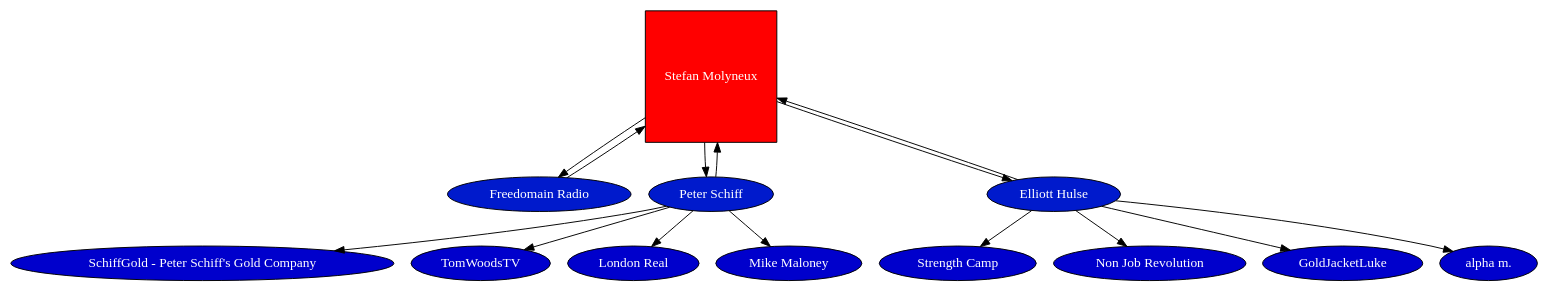
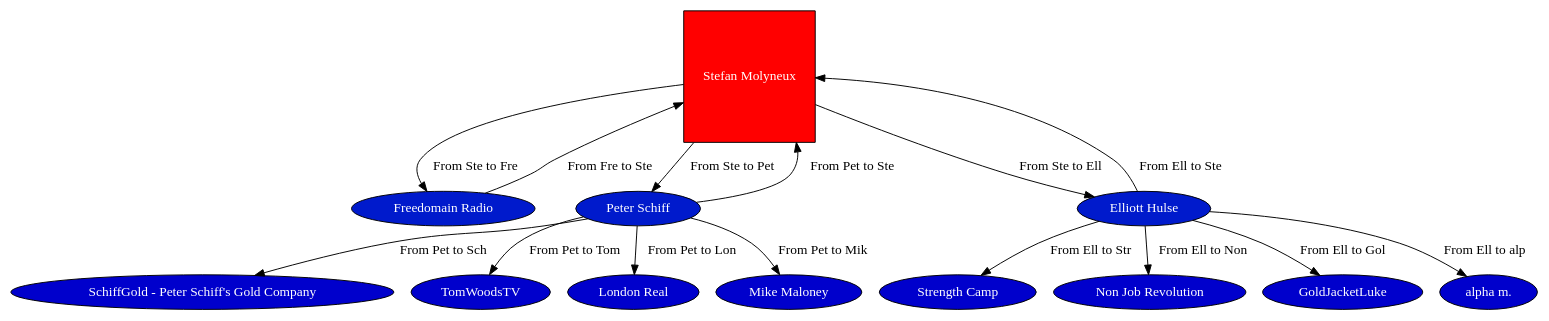
Before and after one commit to poijqwef/graphs: the diagram in graph/graph_output.dot, drawn with Graphviz. The commit also changed 2 other files, not shown here.

```diff
--- a/graph/graph_output.dot
+++ b/graph/graph_output.dot
@@ -1,34 +1,34 @@
 digraph {
 "Stefan Molyneux" [style = filled, fillcolor = "red", shape = "square", fontcolor = white];
-"Stefan Molyneux" -> "Freedomain Radio";
+"Stefan Molyneux" -> "Freedomain Radio" [label = "From Ste to Fre"];
 "Freedomain Radio" [style = filled, fillcolor = "#001acc", shape = "oval", fontcolor = white];
 "Freedomain Radio" [style = filled, fillcolor = "#001acc", shape = "oval", fontcolor = white];
-"Freedomain Radio" -> "Stefan Molyneux";
+"Freedomain Radio" -> "Stefan Molyneux" [label = "From Fre to Ste"];
 "Stefan Molyneux" [style = filled, fillcolor = "red", shape = "square", fontcolor = white];
-"Stefan Molyneux" -> "Peter Schiff";
+"Stefan Molyneux" -> "Peter Schiff" [label = "From Ste to Pet"];
 "Peter Schiff" [style = filled, fillcolor = "#001acc", shape = "oval", fontcolor = white];
 "Peter Schiff" [style = filled, fillcolor = "#001acc", shape = "oval", fontcolor = white];
-"Peter Schiff" -> "SchiffGold - Peter Schiff's Gold Company";
+"Peter Schiff" -> "SchiffGold - Peter Schiff's Gold Company" [label = "From Pet to Sch"];
 "SchiffGold - Peter Schiff's Gold Company" [style = filled, fillcolor = "#0000cc", shape = "oval", fontcolor = white];
-"Peter Schiff" -> "Stefan Molyneux";
+"Peter Schiff" -> "Stefan Molyneux" [label = "From Pet to Ste"];
 "Stefan Molyneux" [style = filled, fillcolor = "red", shape = "square", fontcolor = white];
-"Peter Schiff" -> "TomWoodsTV";
+"Peter Schiff" -> "TomWoodsTV" [label = "From Pet to Tom"];
 "TomWoodsTV" [style = filled, fillcolor = "#0000cc", shape = "oval", fontcolor = white];
-"Peter Schiff" -> "London Real";
+"Peter Schiff" -> "London Real" [label = "From Pet to Lon"];
 "London Real" [style = filled, fillcolor = "#0000cc", shape = "oval", fontcolor = white];
-"Peter Schiff" -> "Mike Maloney";
+"Peter Schiff" -> "Mike Maloney" [label = "From Pet to Mik"];
 "Mike Maloney" [style = filled, fillcolor = "#0000cc", shape = "oval", fontcolor = white];
-"Stefan Molyneux" -> "Elliott Hulse";
+"Stefan Molyneux" -> "Elliott Hulse" [label = "From Ste to Ell"];
 "Elliott Hulse" [style = filled, fillcolor = "#001acc", shape = "oval", fontcolor = white];
 "Elliott Hulse" [style = filled, fillcolor = "#001acc", shape = "oval", fontcolor = white];
-"Elliott Hulse" -> "Strength Camp";
+"Elliott Hulse" -> "Strength Camp" [label = "From Ell to Str"];
 "Strength Camp" [style = filled, fillcolor = "#0000cc", shape = "oval", fontcolor = white];
-"Elliott Hulse" -> "Non Job Revolution";
+"Elliott Hulse" -> "Non Job Revolution" [label = "From Ell to Non"];
 "Non Job Revolution" [style = filled, fillcolor = "#0000cc", shape = "oval", fontcolor = white];
-"Elliott Hulse" -> "Stefan Molyneux";
+"Elliott Hulse" -> "Stefan Molyneux" [label = "From Ell to Ste"];
 "Stefan Molyneux" [style = filled, fillcolor = "red", shape = "square", fontcolor = white];
-"Elliott Hulse" -> "GoldJacketLuke";
+"Elliott Hulse" -> "GoldJacketLuke" [label = "From Ell to Gol"];
 "GoldJacketLuke" [style = filled, fillcolor = "#0000cc", shape = "oval", fontcolor = white];
-"Elliott Hulse" -> "alpha m.";
+"Elliott Hulse" -> "alpha m." [label = "From Ell to alp"];
 "alpha m." [style = filled, fillcolor = "#0000cc", shape = "oval", fontcolor = white];
 }
```
